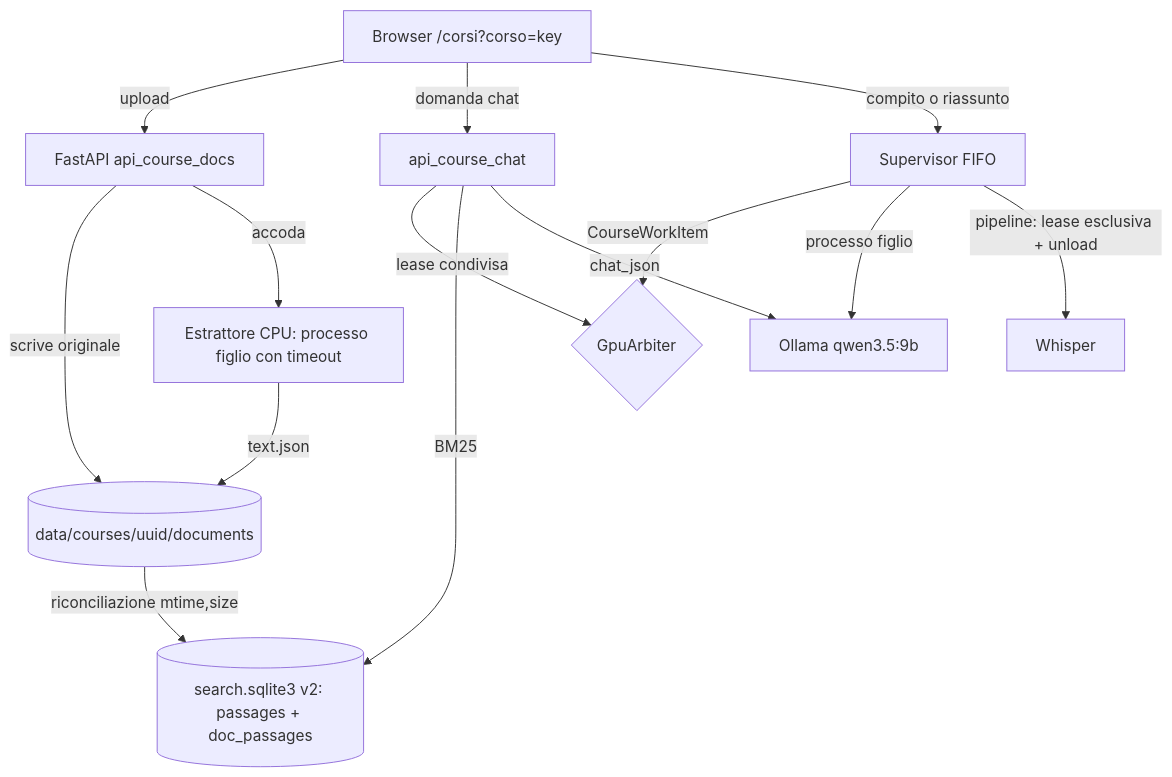
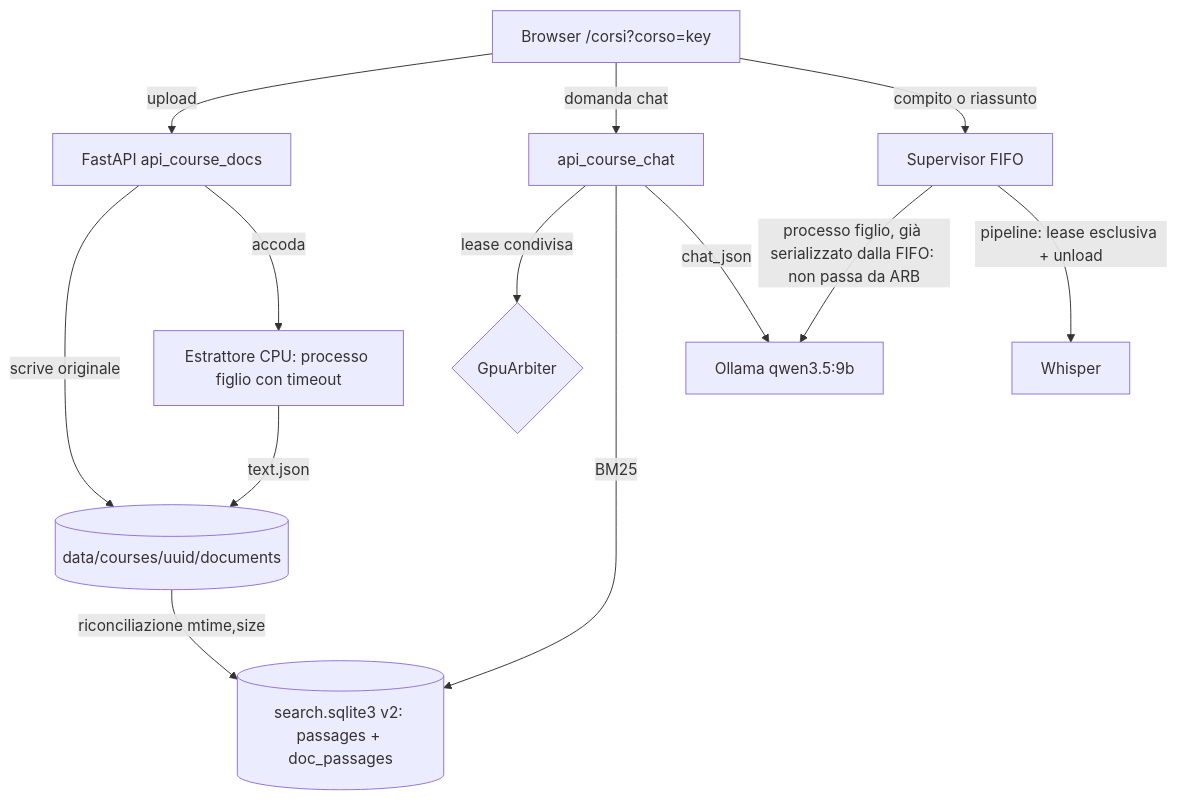
One commit to AndreaBonn/speech-to-text changed the diagram in specs/001-course-workspace/adr.md. Above: the diagram before and after it, drawn with Mermaid. The commit also changed 6 other files, not shown here.

````diff
--- a/specs/001-course-workspace/adr.md
+++ b/specs/001-course-workspace/adr.md
@@ -51,16 +51,15 @@
 ```mermaid
 graph TD
     B[Browser /corsi?corso=key] -->|upload| API[FastAPI api_course_docs]
     API -->|scrive originale| FS[(data/courses/uuid/documents)]
     API -->|accoda| IX[Estrattore CPU: processo figlio con timeout]
     IX -->|text.json| FS
     FS -->|riconciliazione mtime,size| SQL[(search.sqlite3 v2: passages + doc_passages)]
     B -->|domanda chat| CH[api_course_chat]
     CH -->|lease condivisa| ARB{GpuArbiter}
     CH -->|BM25| SQL
     CH -->|chat_json| OL[Ollama qwen3.5:9b]
     B -->|compito o riassunto| Q[Supervisor FIFO]
-    Q -->|CourseWorkItem| ARB
-    Q -->|processo figlio| OL
+    Q -->|processo figlio, già serializzato dalla FIFO: non passa da ARB| OL
     Q -->|pipeline: lease esclusiva + unload| W[Whisper]
 ```
````
